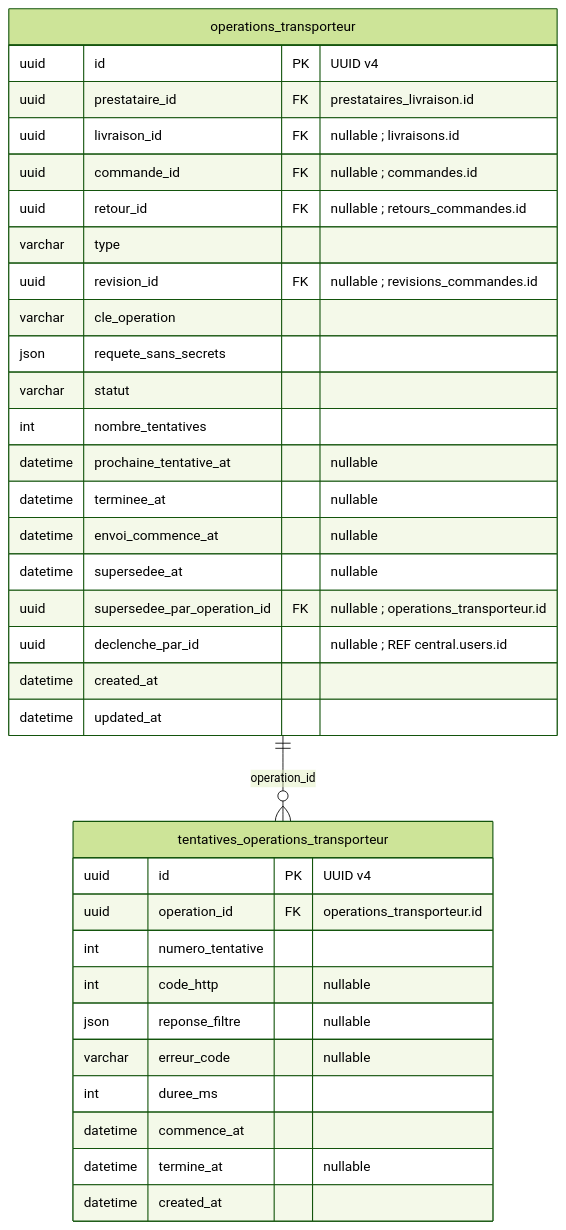
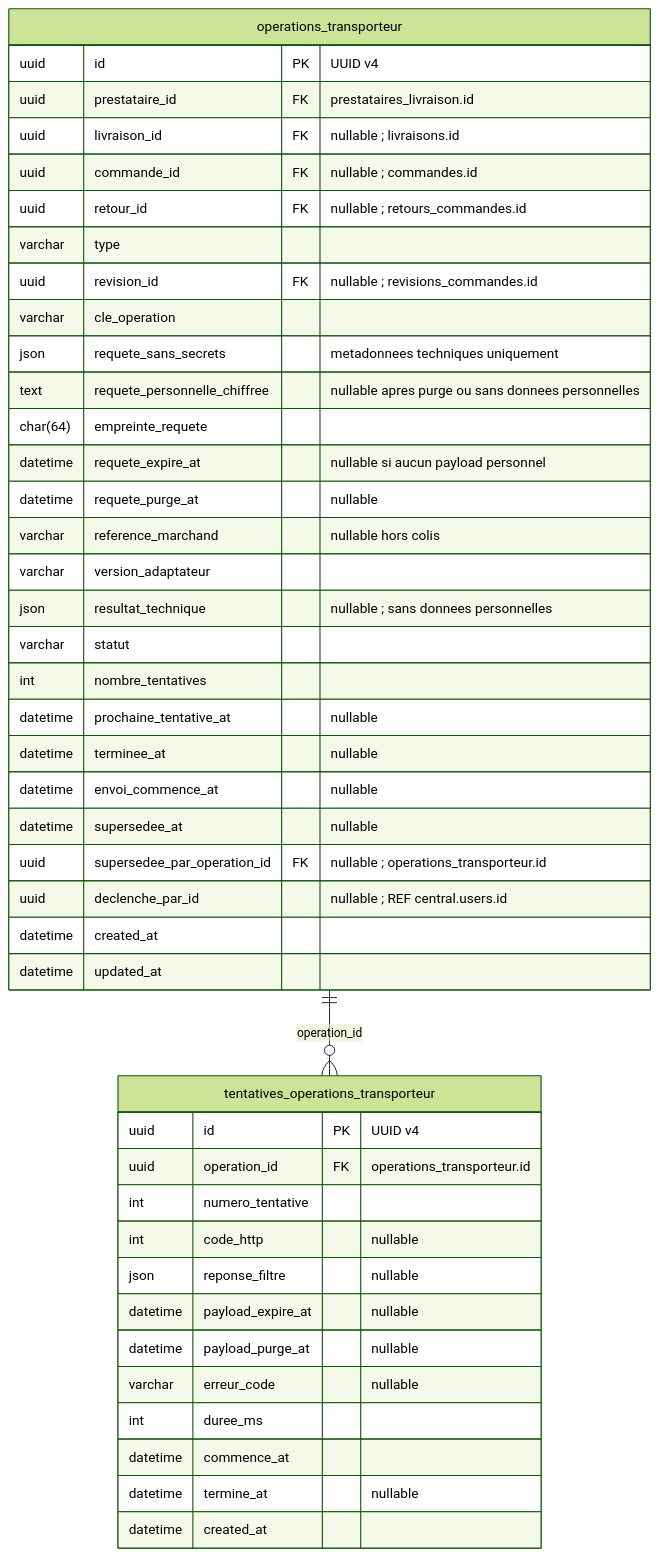
Diagram 26 of 36 in Schema-BDD-SaaS-Ecommerce-UUID.md (unitealfa/saas-ecom), drawn with Mermaid (forest theme) before and after one commit. The commit also changed other lines of this file, not shown here.

````diff
--- a/Schema-BDD-SaaS-Ecommerce-UUID.md
+++ b/Schema-BDD-SaaS-Ecommerce-UUID.md
@@ -1618,38 +2050,47 @@
 ```mermaid
 erDiagram
     direction TB
     operations_transporteur {
         uuid id PK "UUID v4"
         uuid prestataire_id FK "prestataires_livraison.id"
         uuid livraison_id FK "nullable ; livraisons.id"
         uuid commande_id FK "nullable ; commandes.id"
         uuid retour_id FK "nullable ; retours_commandes.id"
         varchar type
         uuid revision_id FK "nullable ; revisions_commandes.id"
         varchar cle_operation
-        json requete_sans_secrets
+        json requete_sans_secrets "metadonnees techniques uniquement"
+        text requete_personnelle_chiffree "nullable apres purge ou sans donnees personnelles"
+        char(64) empreinte_requete
+        datetime requete_expire_at "nullable si aucun payload personnel"
+        datetime requete_purge_at "nullable"
+        varchar reference_marchand "nullable hors colis"
+        varchar version_adaptateur
+        json resultat_technique "nullable ; sans donnees personnelles"
         varchar statut
         int nombre_tentatives
         datetime prochaine_tentative_at "nullable"
         datetime terminee_at "nullable"
         datetime envoi_commence_at "nullable"
         datetime supersedee_at "nullable"
         uuid supersedee_par_operation_id FK "nullable ; operations_transporteur.id"
         uuid declenche_par_id "nullable ; REF central.users.id"
         datetime created_at
         datetime updated_at
     }
     tentatives_operations_transporteur {
         uuid id PK "UUID v4"
         uuid operation_id FK "operations_transporteur.id"
         int numero_tentative
         int code_http "nullable"
         json reponse_filtre "nullable"
+        datetime payload_expire_at "nullable"
+        datetime payload_purge_at "nullable"
         varchar erreur_code "nullable"
         int duree_ms
         datetime commence_at
         datetime termine_at "nullable"
         datetime created_at
     }
     operations_transporteur ||--o{ tentatives_operations_transporteur : operation_id
 ```
````
